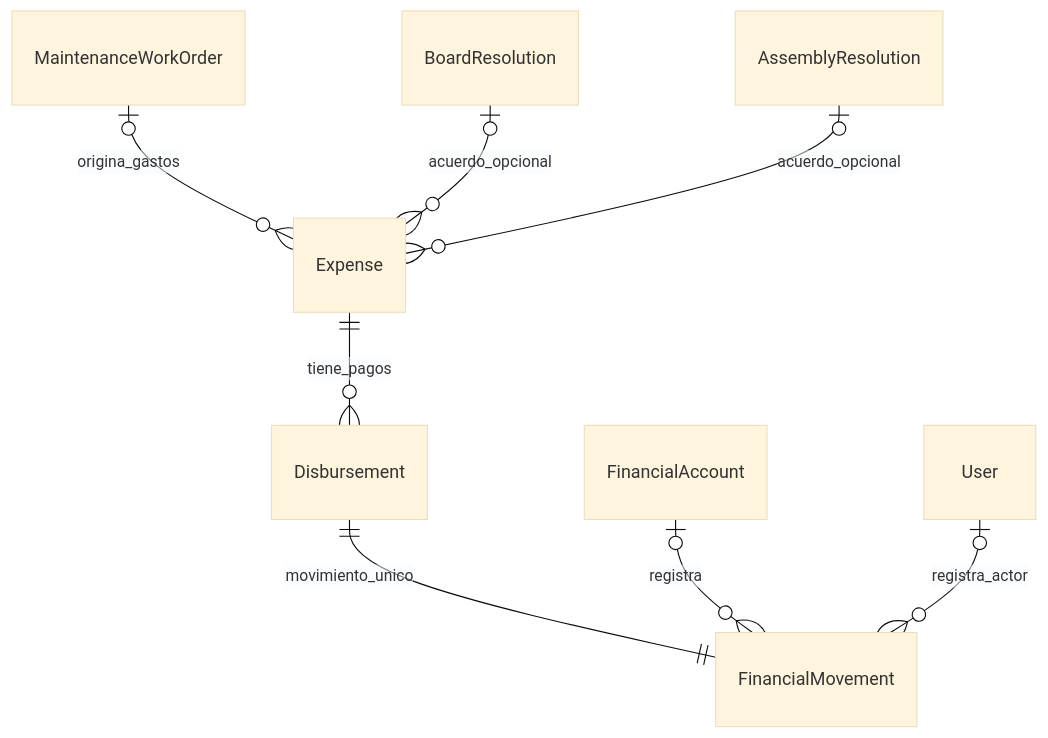
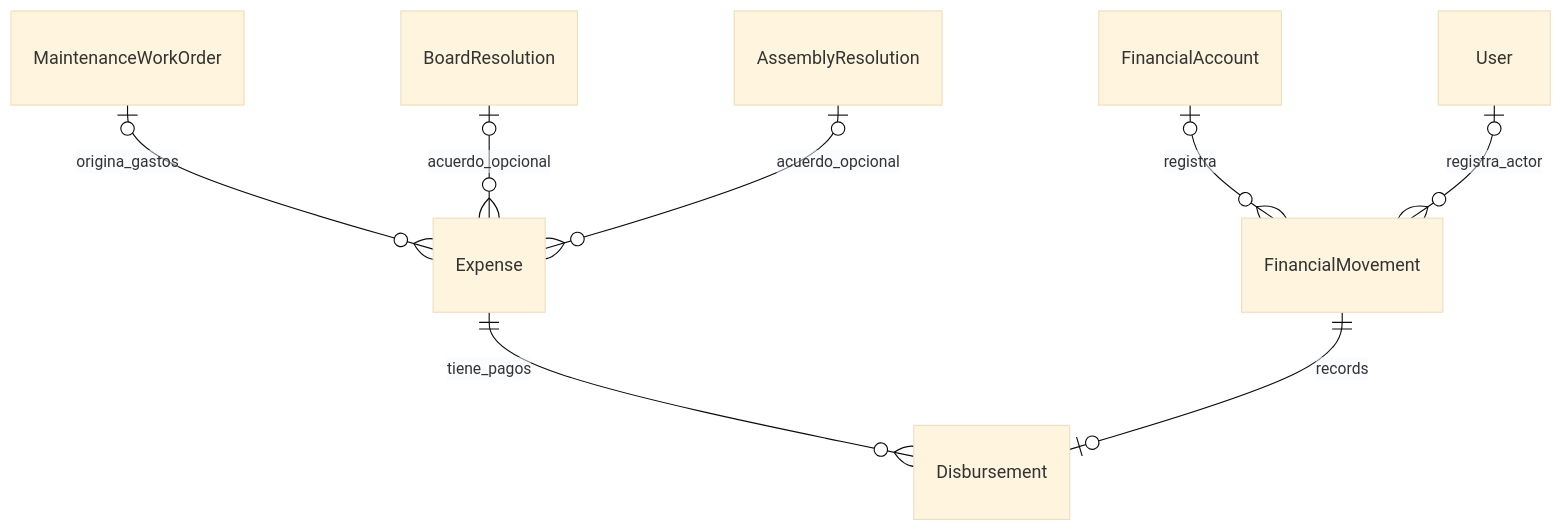
One commit to DanielMarchenaMatarrita/sgi-adi-curime-26 changed the first of 3 diagrams in docs/data/target-v2/9.4B-borrador-relacional.md. Above: the diagram before and after it, drawn with Mermaid (base theme). The commit also changed other lines of this file and 12 other files, not shown here.

Commit message:
docs(architecture): reconcile bootstrap review findings

````diff
--- a/docs/data/target-v2/9.4B-borrador-relacional.md
+++ b/docs/data/target-v2/9.4B-borrador-relacional.md
@@ -28,10 +30,10 @@
 ```mermaid
 erDiagram
     MaintenanceWorkOrder o|--o{ Expense : origina_gastos
     Expense ||--o{ Disbursement : tiene_pagos
-    Disbursement ||--|| FinancialMovement : movimiento_unico
+    FinancialMovement ||--o| Disbursement : records
     FinancialAccount o|--o{ FinancialMovement : registra
     User o|--o{ FinancialMovement : registra_actor
     BoardResolution o|--o{ Expense : acuerdo_opcional
     AssemblyResolution o|--o{ Expense : acuerdo_opcional
 ```
````
